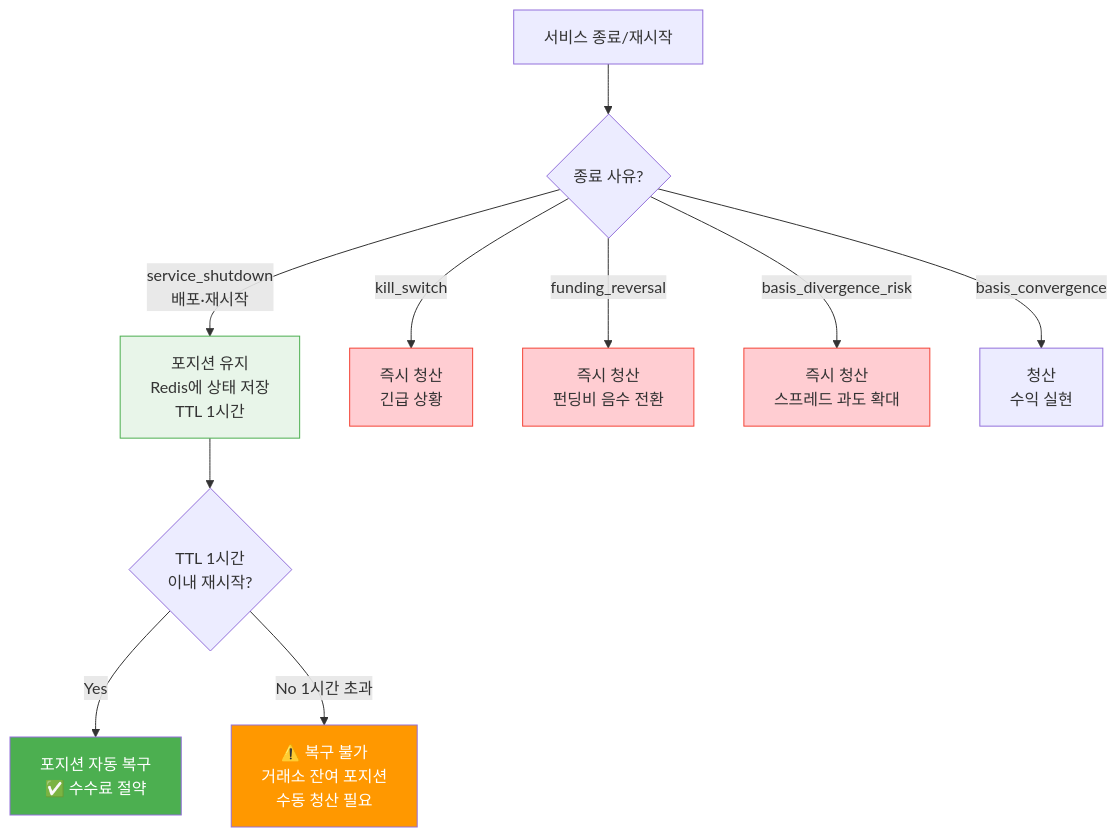
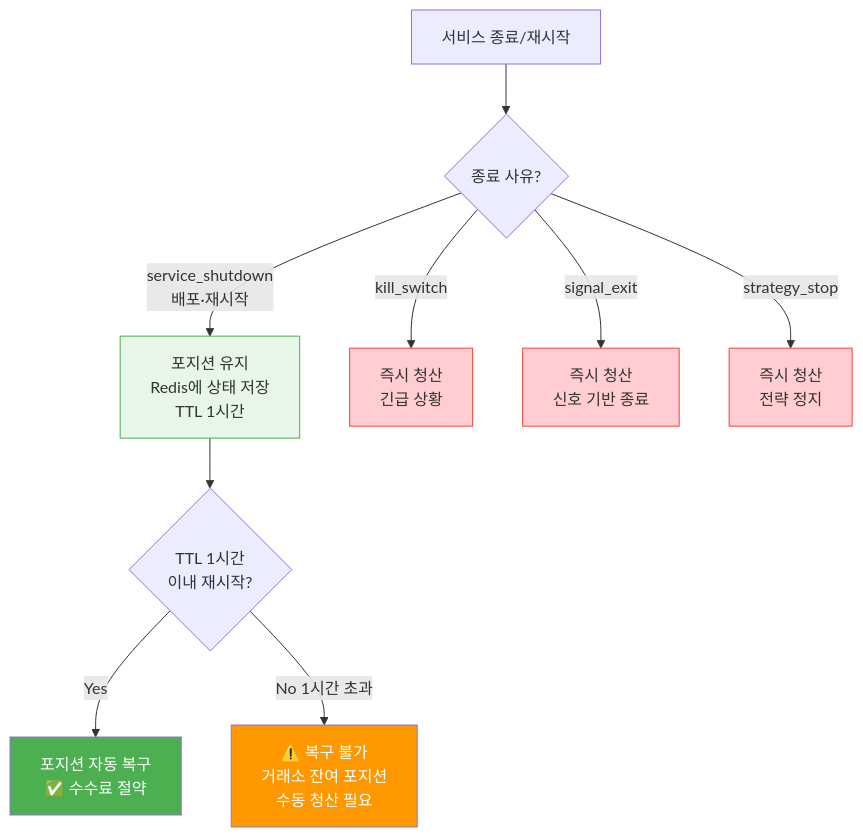
Before and after one commit to Justant-source/Bit-Mania: the first of 4 diagrams in docs/policies/deployment-position.md, drawn with Mermaid. The commit also changed other lines of this file and 1 other file, not shown here.

````diff
--- a/docs/policies/deployment-position.md
+++ b/docs/policies/deployment-position.md
@@ -47,20 +46,19 @@
 ```mermaid
 flowchart TD
     STOP["서비스 종료/재시작"] --> WHY{종료 사유?}
     WHY -->|service_shutdown<br>배포·재시작| A["포지션 유지<br>Redis에 상태 저장<br>TTL 1시간"]
     WHY -->|kill_switch| B["즉시 청산<br>긴급 상황"]
-    WHY -->|funding_reversal| C["즉시 청산<br>펀딩비 음수 전환"]
-    WHY -->|basis_divergence_risk| D["즉시 청산<br>스프레드 과도 확대"]
-    WHY -->|basis_convergence| E["청산<br>수익 실현"]
+    WHY -->|signal_exit| C["즉시 청산<br>신호 기반 종료"]
+    WHY -->|strategy_stop| D["즉시 청산<br>전략 정지"]
 
     A --> A2{TTL 1시간<br>이내 재시작?}
     A2 -->|Yes| A3["포지션 자동 복구<br>✅ 수수료 절약"]
     A2 -->|No 1시간 초과| A4["⚠️ 복구 불가<br>거래소 잔여 포지션<br>수동 청산 필요"]
 
     style A fill:#e8f5e9,stroke:#4caf50
     style B fill:#ffcdd2,stroke:#f44336
     style C fill:#ffcdd2,stroke:#f44336
     style D fill:#ffcdd2,stroke:#f44336
     style A3 fill:#4caf50,color:#fff
     style A4 fill:#ff9800,color:#fff
 ```
````
